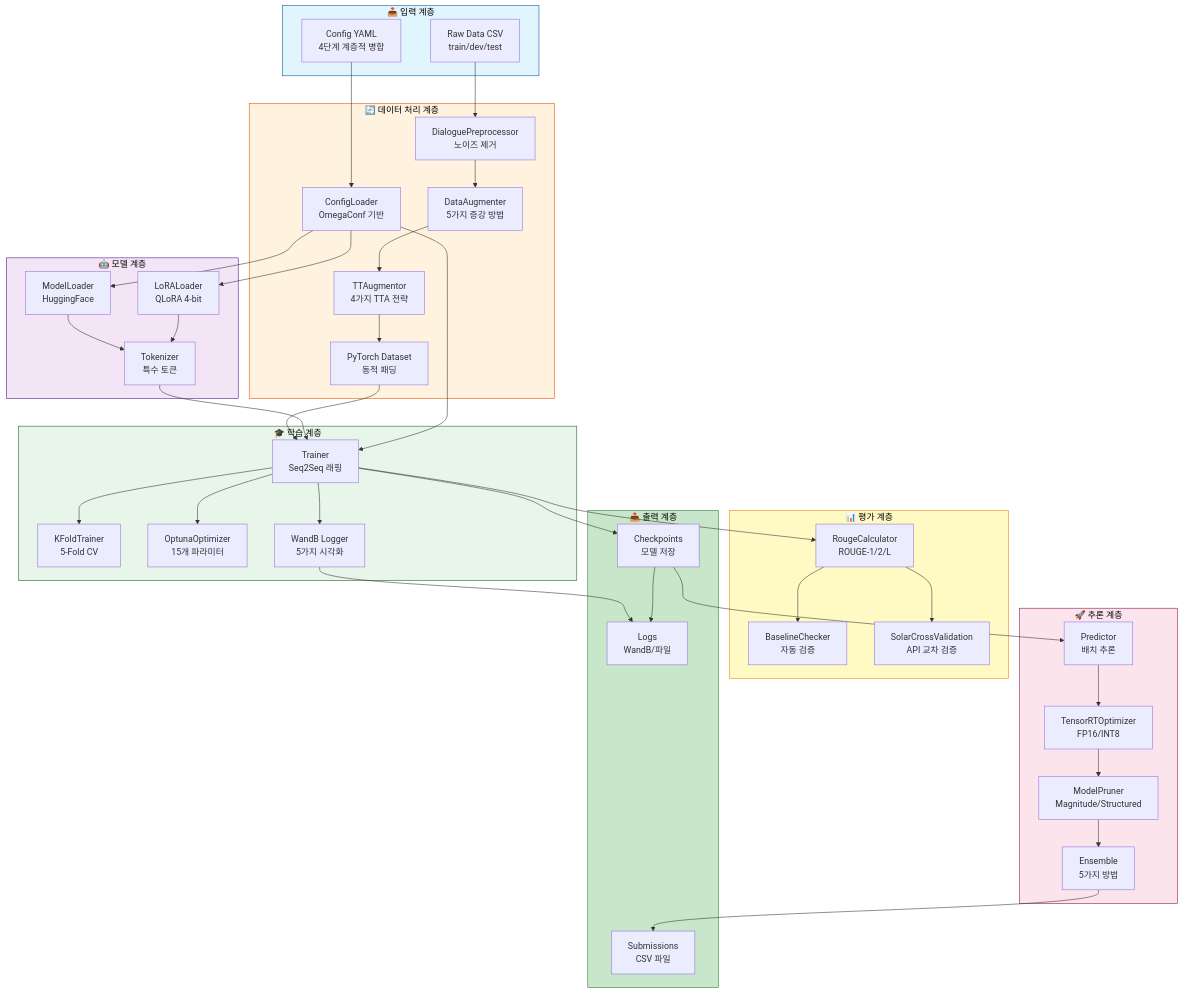
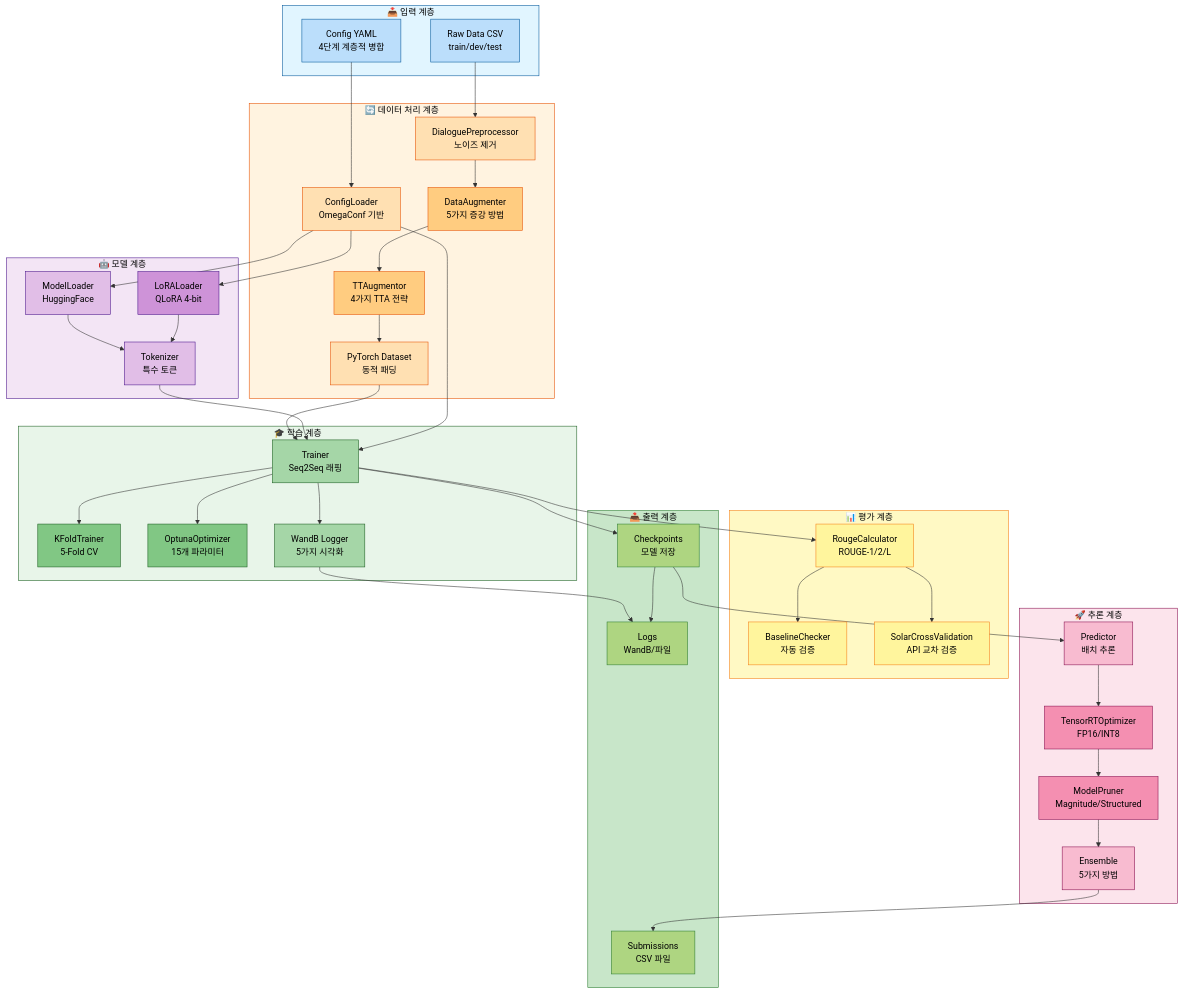
Before and after one commit to AIBootcamp14/naturallanguageprocessingcompetition-nlp-1: the first of 5 diagrams in docs/모듈화/README.md, drawn with Mermaid. The commit also changed other lines of this file and 1 other file, not shown here.

````diff
--- a/docs/모듈화/README.md
+++ b/docs/모듈화/README.md
@@ -107,4 +107,29 @@
     style Eval fill:#fff9c4,stroke:#f57f17,color:#000
     style Inference fill:#fce4ec,stroke:#880e4f,color:#000
     style Output fill:#c8e6c9,stroke:#2e7d32,color:#000
+
+    style A fill:#bbdefb,stroke:#01579b,color:#000
+    style B fill:#bbdefb,stroke:#01579b,color:#000
+    style C fill:#ffe0b2,stroke:#e65100,color:#000
+    style D fill:#ffe0b2,stroke:#e65100,color:#000
+    style E fill:#ffcc80,stroke:#e65100,color:#000
+    style F fill:#ffcc80,stroke:#e65100,color:#000
+    style G fill:#ffe0b2,stroke:#e65100,color:#000
+    style H fill:#e1bee7,stroke:#4a148c,color:#000
+    style I fill:#ce93d8,stroke:#4a148c,color:#000
+    style J fill:#e1bee7,stroke:#4a148c,color:#000
+    style K fill:#a5d6a7,stroke:#1b5e20,color:#000
+    style L fill:#81c784,stroke:#1b5e20,color:#000
+    style M fill:#81c784,stroke:#1b5e20,color:#000
+    style N fill:#a5d6a7,stroke:#1b5e20,color:#000
+    style O fill:#fff59d,stroke:#f57f17,color:#000
+    style P fill:#fff59d,stroke:#f57f17,color:#000
+    style Q fill:#fff59d,stroke:#f57f17,color:#000
+    style R fill:#f8bbd0,stroke:#880e4f,color:#000
+    style S fill:#f48fb1,stroke:#880e4f,color:#000
+    style T fill:#f48fb1,stroke:#880e4f,color:#000
+    style U fill:#f8bbd0,stroke:#880e4f,color:#000
+    style V fill:#aed581,stroke:#2e7d32,color:#000
+    style W fill:#aed581,stroke:#2e7d32,color:#000
+    style X fill:#aed581,stroke:#2e7d32,color:#000
 ```
````
